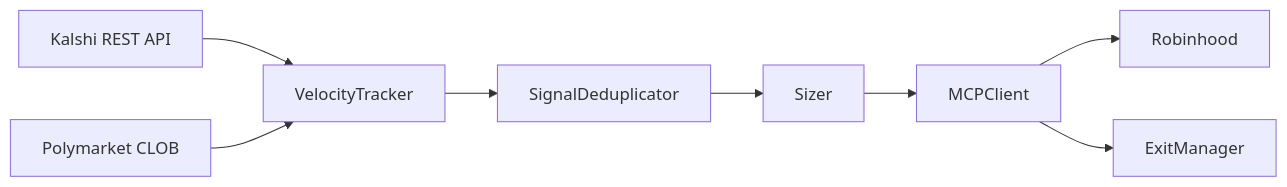
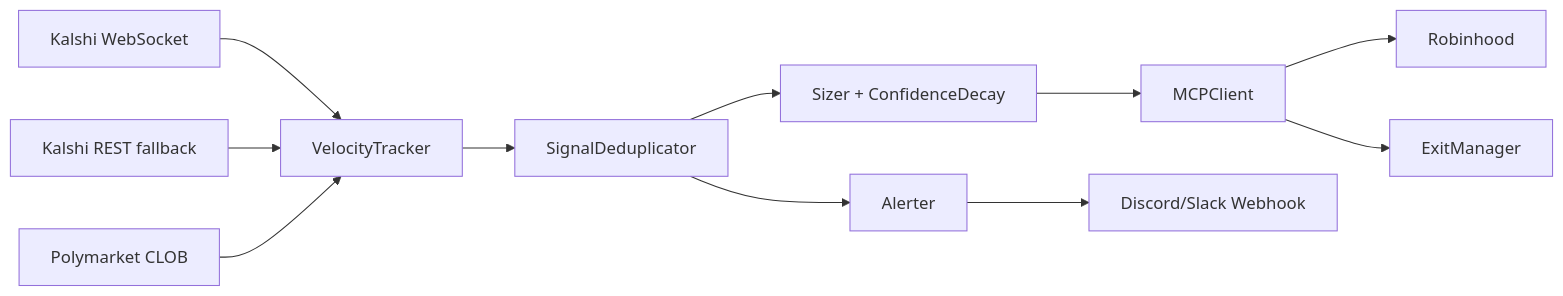
One commit to arpjw/robinhood changed the diagram in README.md. Above: the diagram before and after it, drawn with Mermaid. The commit also changed other lines of this file and 13 other files, not shown here.

First line of the commit message:
Implement V2: WebSocket streaming, alerting, slippage modeling, dashboard, confidence decay

````diff
--- a/README.md
+++ b/README.md
@@ -140,10 +140,13 @@
 ```mermaid
 flowchart LR
-    K[Kalshi REST API] --> V[VelocityTracker]
+    KW[Kalshi WebSocket] --> V[VelocityTracker]
+    KR[Kalshi REST fallback] --> V
     P[Polymarket CLOB] --> V
     V --> D[SignalDeduplicator]
-    D --> S[Sizer]
+    D --> A[Alerter]
+    D --> S[Sizer + ConfidenceDecay]
     S --> M[MCPClient]
     M --> R[Robinhood]
     M --> E[ExitManager]
+    A --> WH[Discord/Slack Webhook]
 ```
````
